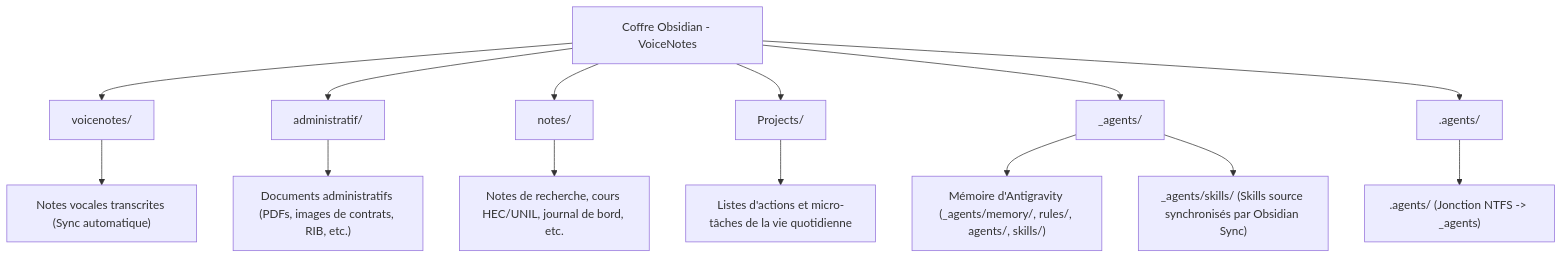
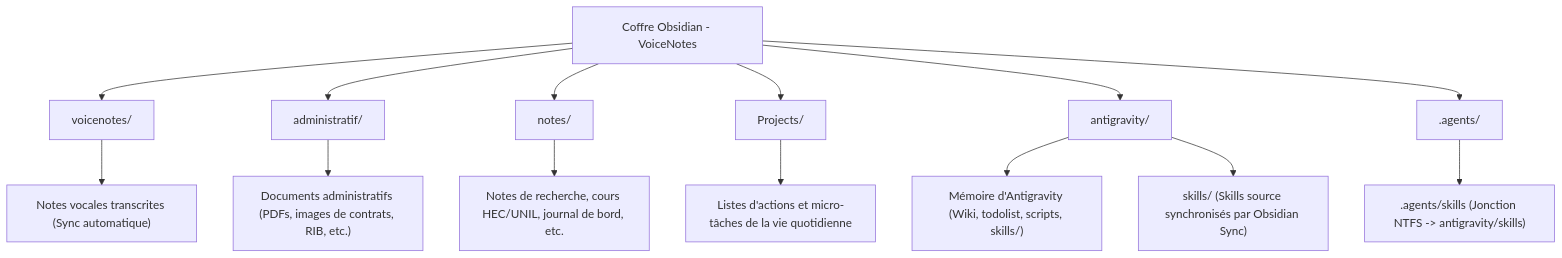
One commit to hjamet/cursor-memory-bank changed the diagram in .agents/memory/structure_coffre.md. Above: the diagram before and after it, drawn with Mermaid. The commit also changed other lines of this file and 435 other files, not shown here.

Commit message:
feat(aivc): align project_memory_cli on project_sync, task_commit rename & update .agents mirror

````diff
--- a/.agents/memory/structure_coffre.md
+++ b/.agents/memory/structure_coffre.md
@@ -5,17 +5,17 @@
 ```mermaid
 graph TD
     Vault[Coffre Obsidian - VoiceNotes] --> voicenotes[voicenotes/]
     Vault --> administratif[administratif/]
     Vault --> notes[notes/]
     Vault --> Projects[Projects/]
-    Vault --> agents[_agents/]
+    Vault --> antigravity[antigravity/]
     Vault --> agents_config[.agents/]
 
     voicenotes --> VN_Desc["Notes vocales transcrites (Sync automatique)"]
     administratif --> Admin_Desc["Documents administratifs (PDFs, images de contrats, RIB, etc.)"]
     notes --> Notes_Desc["Notes de recherche, cours HEC/UNIL, journal de bord, etc."]
     Projects --> Proj_Desc["Listes d'actions et micro-tâches de la vie quotidienne"]
-    agents --> Memory_Desc["Mémoire d'Antigravity (_agents/memory/, rules/, agents/, skills/)"]
-    agents --> skills_folder["_agents/skills/ (Skills source synchronisés par Obsidian Sync)"]
-    agents_config --> Junction_Skills[".agents/ (Jonction NTFS -> _agents)"]
+    antigravity --> Memory_Desc["Mémoire d'Antigravity (Wiki, todolist, scripts, skills/)"]
+    antigravity --> skills_folder["skills/ (Skills source synchronisés par Obsidian Sync)"]
+    agents_config --> Junction_Skills[".agents/skills (Jonction NTFS -> antigravity/skills)"]
 ```
````
